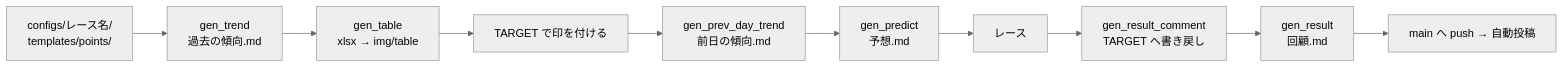
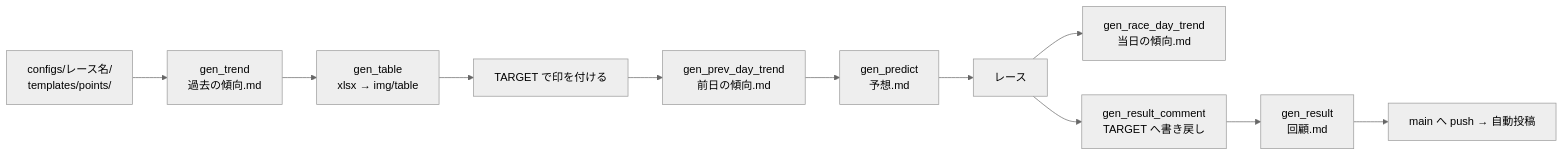
One commit to Kubo-Tech/g1-predict changed the diagram in docs/workflow.md. Above: the diagram before and after it, drawn with Mermaid (neutral theme). The commit also changed other lines of this file and 18 other files, not shown here.

````diff
--- a/docs/workflow.md
+++ b/docs/workflow.md
@@ -5,12 +5,13 @@
 ```mermaid
 flowchart LR
     A[configs/レース名/<br/>templates/points/] --> B[gen_trend<br/>過去の傾向.md]
     B --> C[gen_table<br/>xlsx → img/table]
     C --> D[TARGET で印を付ける]
     D --> P[gen_prev_day_trend<br/>前日の傾向.md]
     P --> E[gen_predict<br/>予想.md]
     E --> F[レース]
+    F --> R[gen_race_day_trend<br/>当日の傾向.md]
     F --> G[gen_result_comment<br/>TARGET へ書き戻し]
     G --> H[gen_result<br/>回顧.md]
     H --> I[main へ push → 自動投稿]
 ```
````
